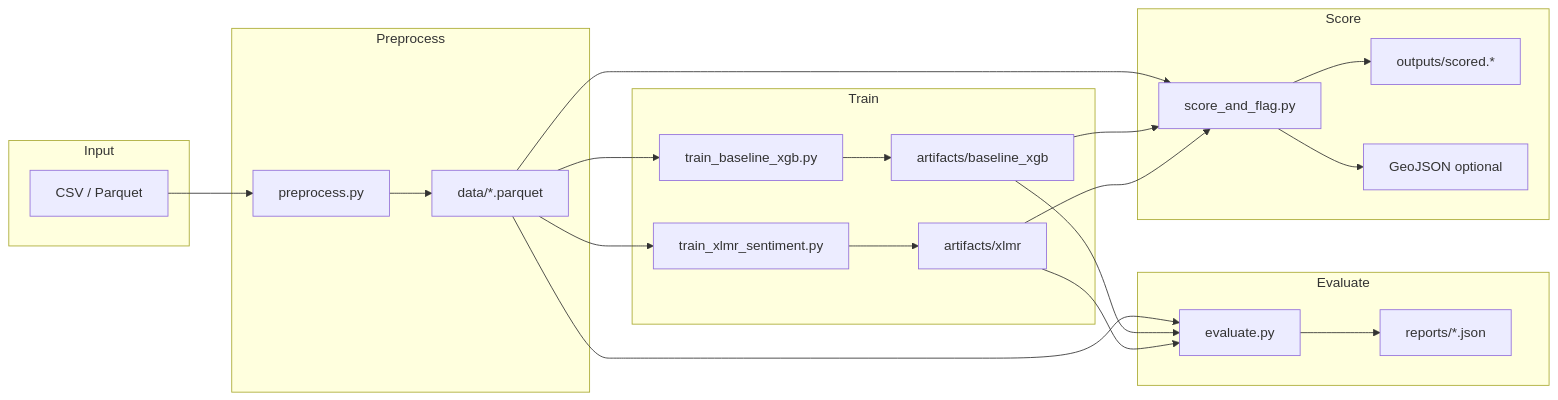
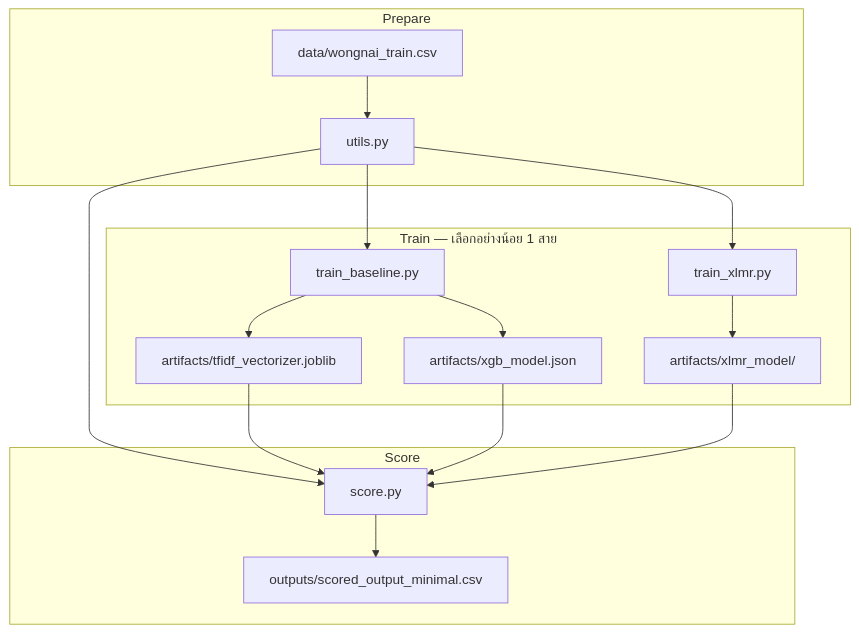
The diagram in README2.md (codedbypu/foods-review-classification), drawn with Mermaid before and after one commit. The commit also changed other lines of this file and 70 other files, not shown here.

````diff
--- a/README2.md
+++ b/README2.md
@@ -79,37 +83,27 @@
 ```mermaid
-flowchart LR
-  subgraph input [Input]
-    CSV[CSV / Parquet]
+flowchart TB
+  subgraph prepare [Prepare]
+    CSV[data/wongnai_train.csv]
+    U[utils.py]
+    CSV --> U
   end
-  subgraph prep [Preprocess]
-    PP[preprocess.py]
-    PQ[data/*.parquet]
+
+  subgraph train [Train — เลือกอย่างน้อย 1 สาย]
+    TB[train_baseline.py]
+    TX[train_xlmr.py]
+    U --> TB
+    U --> TX
+    TB --> A1[artifacts/tfidf_vectorizer.joblib]
+    TB --> A2[artifacts/xgb_model.json]
+    TX --> A3[artifacts/xlmr_model/]
   end
-  subgraph train [Train]
-    TB[train_baseline_xgb.py]
-    TX[train_xlmr_sentiment.py]
-    AB[artifacts/baseline_xgb]
-    AX[artifacts/xlmr]
+
+  subgraph infer [Score]
+    SC[score.py]
+    U --> SC
+    A1 --> SC
+    A2 --> SC
+    A3 --> SC
+    SC --> OUT[outputs/scored_output_minimal.csv]
   end
-  subgraph eval [Evaluate]
-    EV[evaluate.py]
-    RP[reports/*.json]
-  end
-  subgraph score [Score]
-    SC[score_and_flag.py]
-    OUT[outputs/scored.*]
-    GEO[GeoJSON optional]
-  end
-  CSV --> PP --> PQ
-  PQ --> TB --> AB
-  PQ --> TX --> AX
-  PQ --> EV
-  AB --> EV
-  AX --> EV
-  EV --> RP
-  PQ --> SC
-  AB --> SC
-  AX --> SC
-  SC --> OUT
-  SC --> GEO
 ```
````
